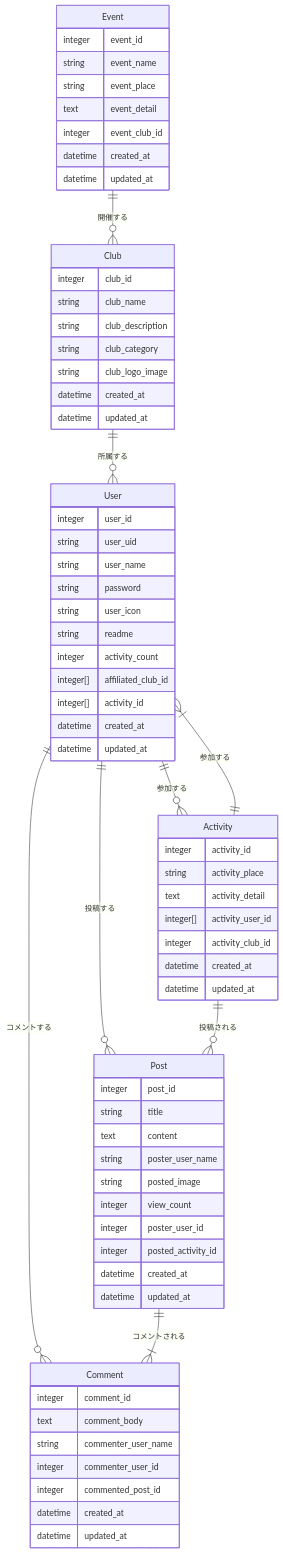
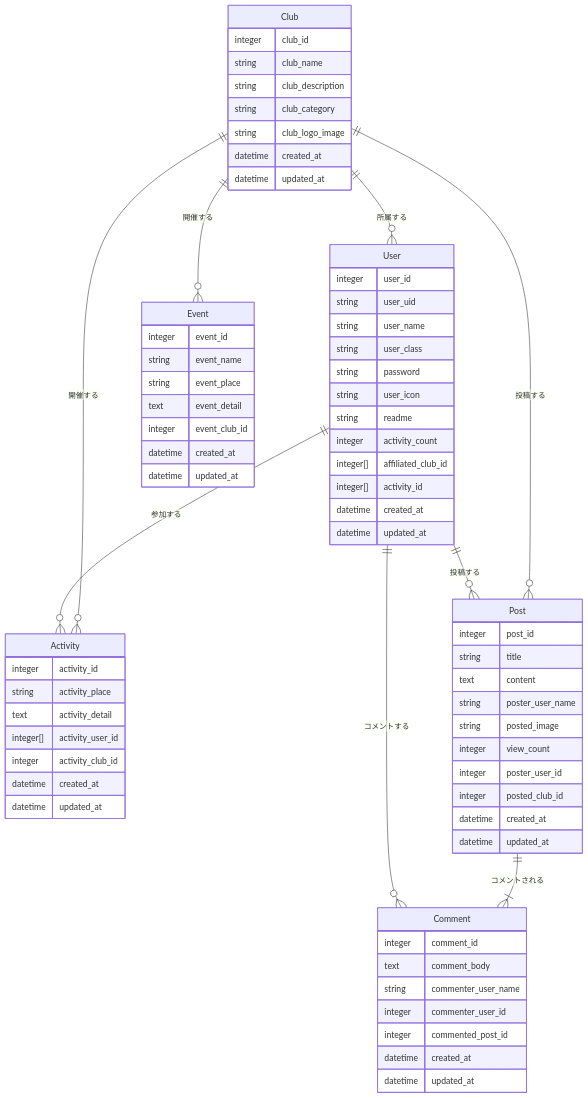
One commit to yumekiti-archive/ClubsActivity changed the second of 2 diagrams in README.md. Above: the diagram before and after it, drawn with Mermaid. The commit also changed other lines of this file, not shown here.

````diff
--- a/README.md
+++ b/README.md
@@ -127,73 +127,74 @@
 ```mermaid
 erDiagram
     User ||--o{ Activity : "参加する"
     User ||--o{ Post : "投稿する"
     User ||--o{ Comment : "コメントする"
+    Club ||--o{ Activity : "開催する"
     Club ||--o{ User : "所属する"
-    Activity ||--o{ Post : "投稿される"
-    Activity ||--|{ User : "参加する"
+    Club ||--o{ Post : "投稿する"
+    Club ||--o{ Event : "開催する"
     Post ||--|{ Comment : "コメントされる"
-    Event ||--o{ Club : "開催する"
     User {
         integer user_id
         string user_uid
         string user_name
+        string user_class
         string password
         string user_icon
         string readme
         integer activity_count
         integer[] affiliated_club_id
         integer[] activity_id
         datetime created_at
         datetime updated_at
     }
     Club {
         integer club_id
         string club_name
         string club_description
         string club_category
         string club_logo_image
         datetime created_at
         datetime updated_at
     }
     Activity {
         integer activity_id
         string activity_place
         text activity_detail
         integer[] activity_user_id
         integer activity_club_id
         datetime created_at
         datetime updated_at
     }
     Event {
         integer event_id
         string event_name
         string event_place
         text event_detail
         integer event_club_id
         datetime created_at
         datetime updated_at
     }
     Post {
         integer post_id
         string title
         text content
         string poster_user_name
         string posted_image
         integer view_count
         integer poster_user_id
-        integer posted_activity_id
+        integer posted_club_id
         datetime created_at
         datetime updated_at
     }
     Comment {
         integer comment_id
         text comment_body
         string commenter_user_name
         integer commenter_user_id
         integer commented_post_id
         datetime created_at
         datetime updated_at
     }
 
 ```
````
